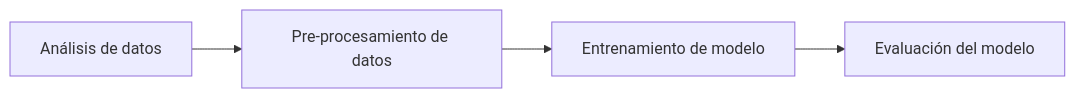
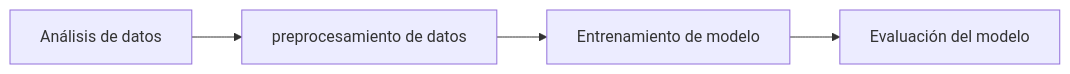
The diagram in doc/Informe.md (MrtC101/ia-2-uncuyo-2023), drawn with Mermaid before and after one commit. The commit also changed other lines of this file and 1 other file, not shown here.

````diff
--- a/doc/Informe.md
+++ b/doc/Informe.md
@@ -113,10 +118,10 @@
 ```mermaid
 flowchart LR;
       A[Análisis de datos];
-      B[Pre-procesamiento de datos];
+      B[preprocesamiento de datos];
       C[Entrenamiento de modelo];
       D[Evaluación del modelo];
       A-->B;
       B-->C;
       C-->D;
 ```
````
